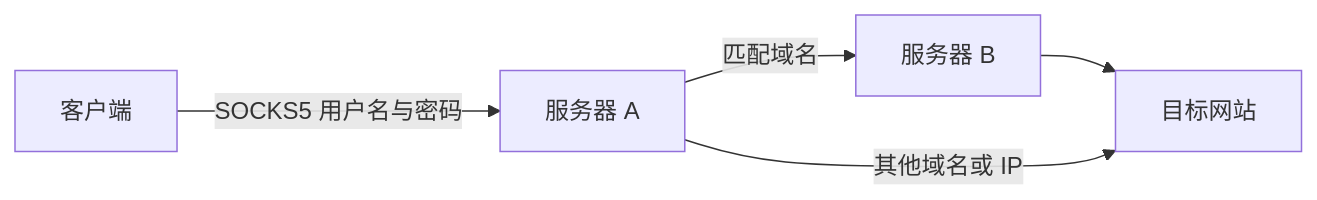
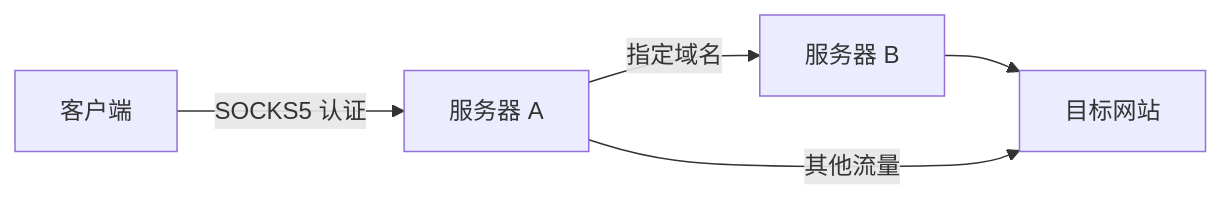
One commit to vatebur/socks5-router changed the diagram in README.md. Above: the diagram before and after it, drawn with Mermaid. The commit also changed other lines of this file and 13 other files, not shown here.

````diff
--- a/README.md
+++ b/README.md
@@ -5,7 +7,7 @@
 ```mermaid
 flowchart LR
-    C[客户端] -->|SOCKS5 用户名与密码| A[服务器 A]
-    A -->|匹配域名| B[服务器 B]
+    C[客户端] -->|SOCKS5 认证| A[服务器 A]
+    A -->|指定域名| B[服务器 B]
     B --> T[目标网站]
-    A -->|其他域名或 IP| T
+    A -->|其他流量| T
 ```
````
